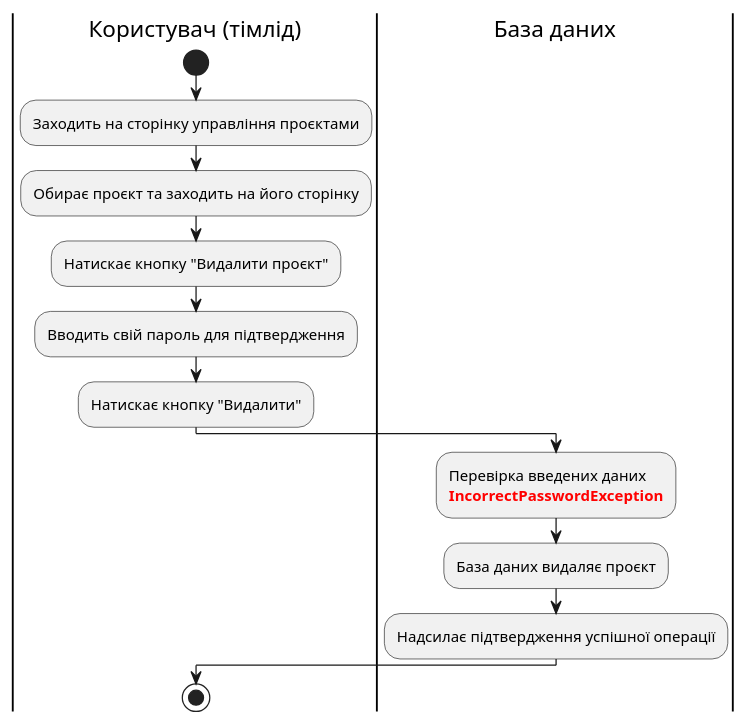
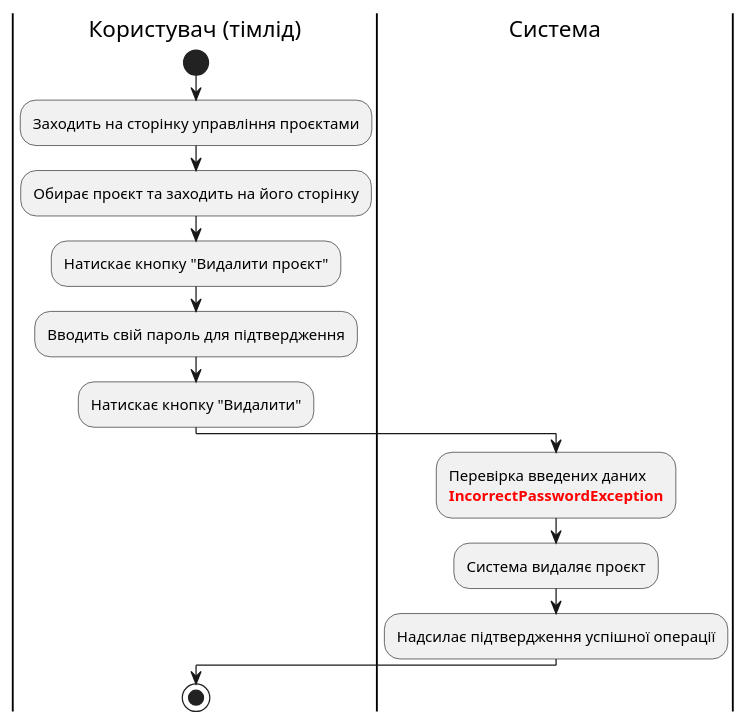
One commit to ppvictoriaaa/db-team4-io24 changed diagram 11 of 16 in docs/use cases/README.md. Above: the diagram before and after it, drawn with PlantUML. The commit also changed other lines of this file, not shown here.

```diff
--- a/docs/use cases/README.md
+++ b/docs/use cases/README.md
@@ -360,20 +360,20 @@
 @startuml
 
     |Користувач (тімлід)|
     start;
     :Заходить на сторінку управління проєктами;
     :Обирає проєкт та заходить на його сторінку;
     :Натискає кнопку "Видалити проєкт";
     :Вводить свій пароль для підтвердження;
     :Натискає кнопку "Видалити";
 
-    |База даних|
+    |Система|
     :Перевірка введених даних
     <font color="red">**IncorrectPasswordException**;
-    :База даних видаляє проєкт;
+    :Система видаляє проєкт;
     :Надсилає підтвердження успішної операції;
 
     |Користувач (тімлід)|
     stop;
 
 @enduml
```
